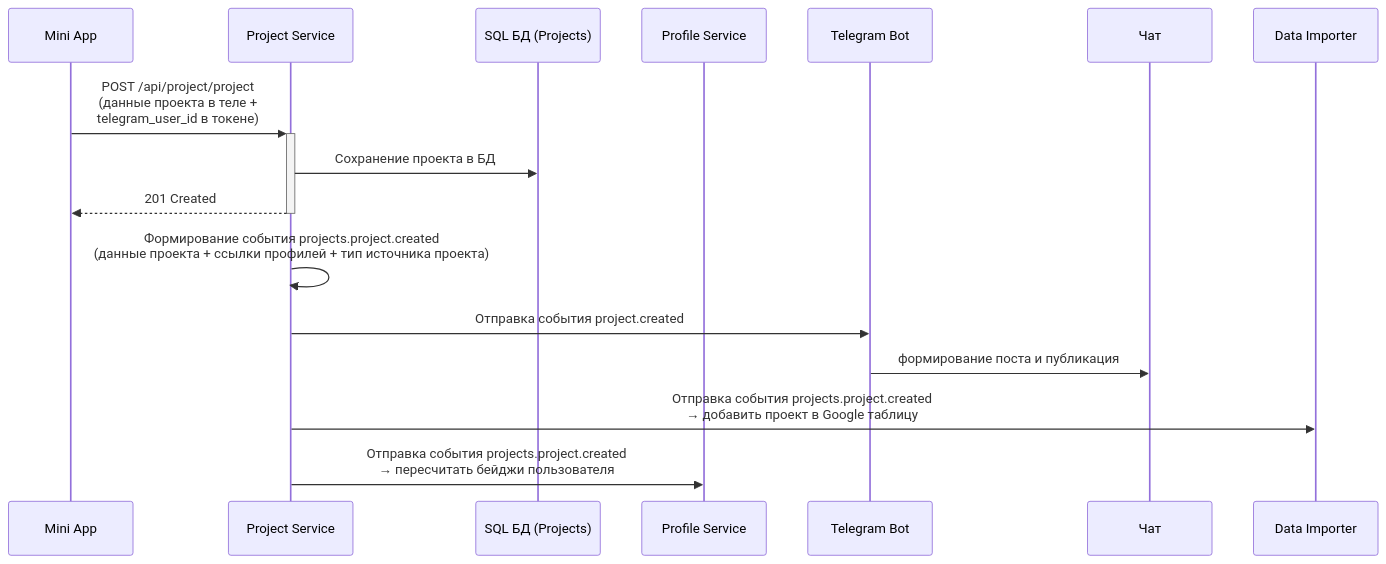
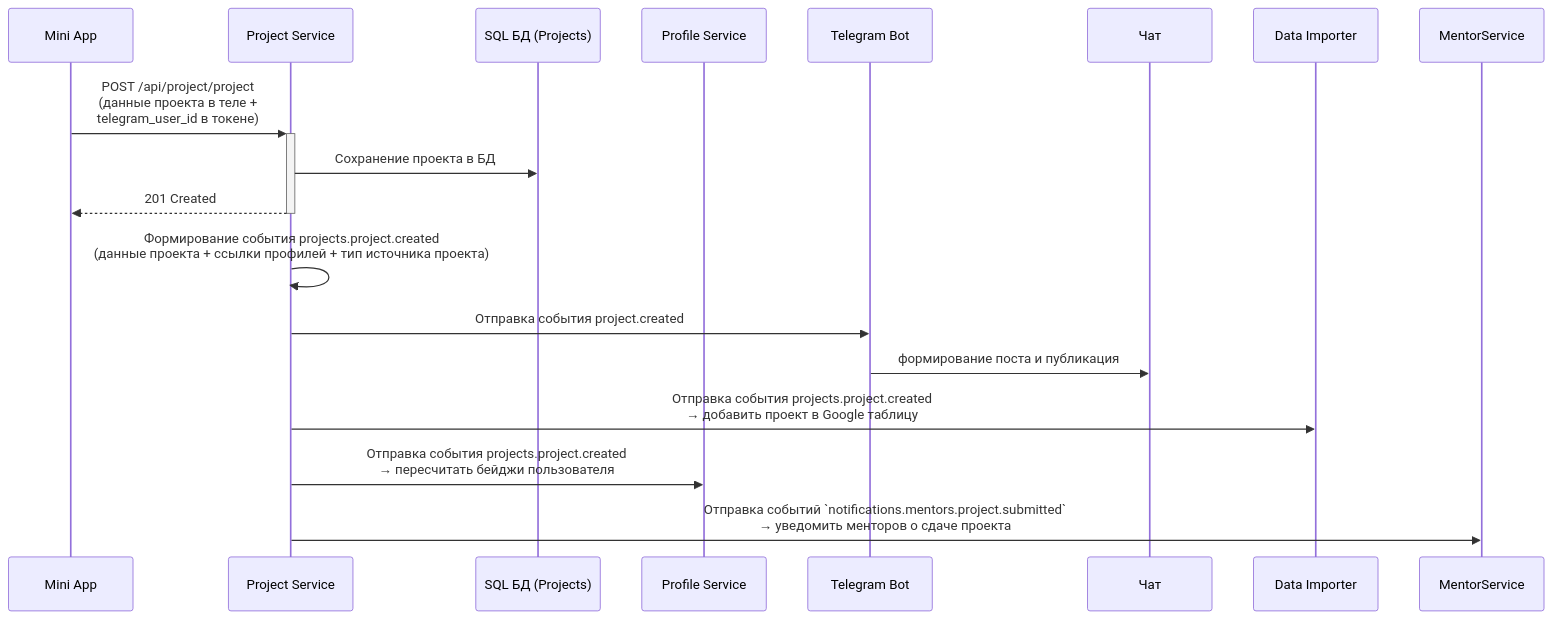
The first of 3 diagrams in system-analytics/functionality/projects-bookkeeping.md (it-mentor-community-platform/meta), drawn with Mermaid before and after one commit. The commit also changed other lines of this file, not shown here.

Commit message:
system-analytics: projects bookkeeping - mentor service integrations described

````diff
--- a/system-analytics/functionality/projects-bookkeeping.md
+++ b/system-analytics/functionality/projects-bookkeeping.md
@@ -19,24 +20,26 @@
   ```mermaid
   sequenceDiagram
     participant MiniApp as Mini App
     participant ProjectService as Project Service
     participant SQLDB as SQL БД (Projects)
     participant ProfileService as Profile Service
     participant TelegramBot as Telegram Bot
     participant Chat as Чат
     participant DataImporter as Data Importer
 
     MiniApp ->>+ ProjectService: POST /api/project/project<br/>(данные проекта в теле +<br/>telegram_user_id в токене)
 
     ProjectService ->> SQLDB: Сохранение проекта в БД
     ProjectService -->>- MiniApp: 201 Created
 
     ProjectService ->> ProjectService: Формирование события projects.project.created<br/>(данные проекта + ссылки профилей + тип источника проекта)
 
     ProjectService ->> TelegramBot: Отправка события project.created
     TelegramBot ->> Chat: формирование поста и публикация
 
     ProjectService ->> DataImporter: Отправка события projects.project.created<br/>→ добавить проект в Google таблицу
 
     ProjectService ->> ProfileService: Отправка события projects.project.created<br/>→ пересчитать бейджи пользователя
+  
+    ProjectService ->> MentorService: Отправка событий `notifications.mentors.project.submitted`<br/>→ уведомить менторов о сдаче проекта
   ```
````
